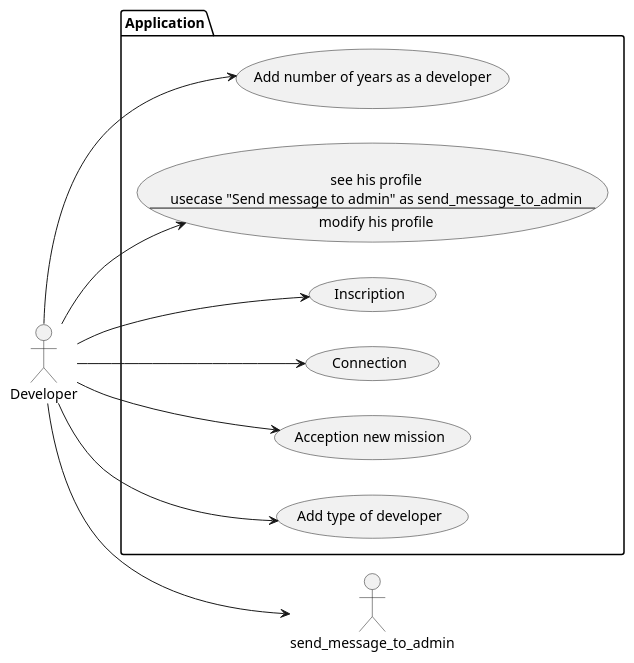
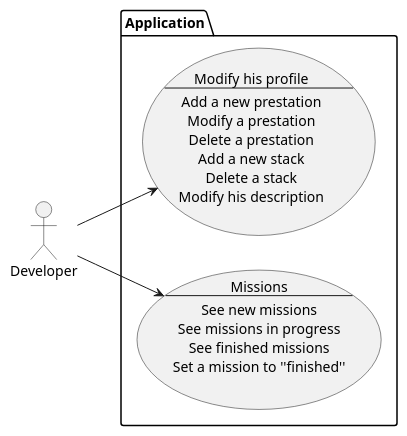
Before and after one commit to Loic-Jhs/deverr-back: the diagram in docs/useCases/developer_usecases.puml, drawn with PlantUML. The commit also changed 7 other files, not shown here.

```diff
--- a/docs/useCases/developer_usecases.puml
+++ b/docs/useCases/developer_usecases.puml
@@ -1,24 +1,29 @@
 @startuml Developer
 left to right direction
 
 :Developer: as dev
 
 package Application {
-    usecase "Inscription" as inscription
-    usecase "Connection" as connection
-    usecase "Acception new mission" as accept_mission
-    usecase "Add type of developer" as add_type_of_developer
-    usecase "Add number of years as a developer" as add_number_of_years
-    usecase see_profile as  "see his profile
-    usecase "Send message to admin" as send_message_to_admin
+    usecase modify as "Modify his profile
     --
-    modify his profile"
+    Add a new prestation
+    Modify a prestation
+    Delete a prestation
+    Add a new stack
+    Delete a stack
+    Modify his description"
+
+
+    usecase missions as "
+    Missions
+    --
+    See new missions
+    See missions in progress
+    See finished missions
+    Set a mission to ''finished''
+    "
+
+    dev -> modify
+    dev --> missions
 }
-dev --> connection
-dev --> inscription
-dev --> accept_mission
-dev --> add_type_of_developer
-dev -> add_number_of_years
-dev -> see_profile
-dev --> send_message_to_admin
 @enduml
```
